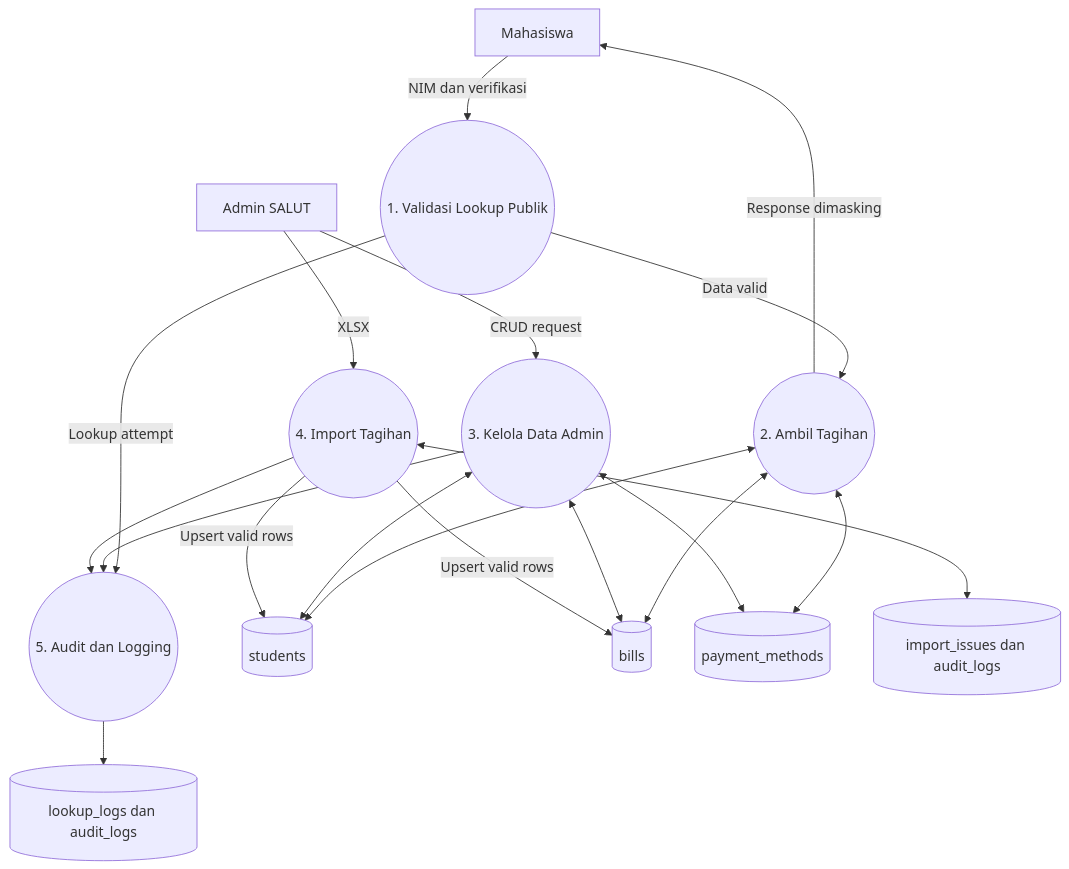
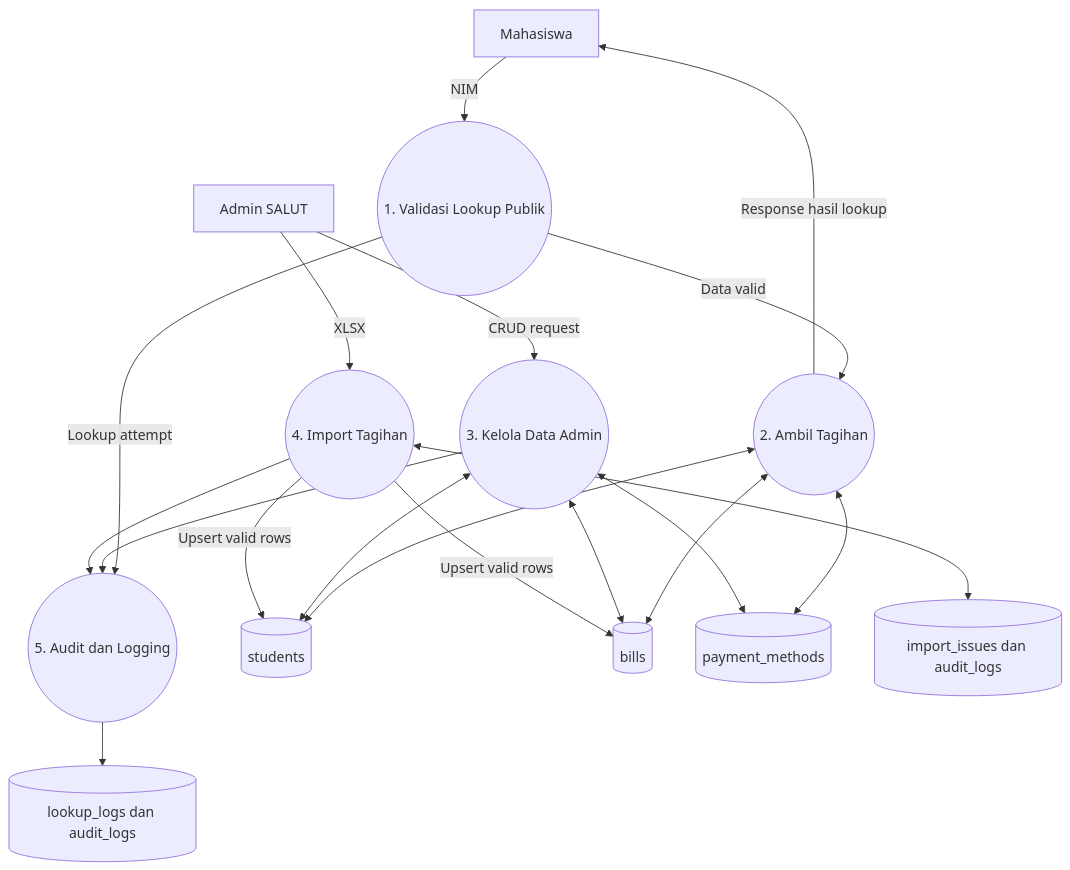
The third of 25 diagrams in docs/03-diagrams.md (mtijan/Salut-Cek-Pembayaran), drawn with Mermaid before and after one commit. The commit also changed other lines of this file and 16 other files, not shown here.

Commit message:
feat: establish core project architecture, backend services, documentation, and security baseline definitions

````diff
--- a/docs/03-diagrams.md
+++ b/docs/03-diagrams.md
@@ -83,36 +83,36 @@
 ```mermaid
 flowchart TD
     Student[Mahasiswa]
     Admin[Admin SALUT]
     P1((1. Validasi Lookup Publik))
     P2((2. Ambil Tagihan))
     P3((3. Kelola Data Admin))
     P4((4. Import Tagihan))
     P5((5. Audit dan Logging))
     D1[(students)]
     D2[(bills)]
     D3[(payment_methods)]
     D4[(import_issues dan audit_logs)]
     D5[(lookup_logs dan audit_logs)]
 
-    Student -->|NIM dan verifikasi| P1
+    Student -->|NIM| P1
     P1 -->|Data valid| P2
     P1 -->|Lookup attempt| P5
     P2 <--> D1
     P2 <--> D2
     P2 <--> D3
-    P2 -->|Response dimasking| Student
+    P2 -->|Response hasil lookup| Student
 
     Admin -->|CRUD request| P3
     P3 <--> D1
     P3 <--> D2
     P3 <--> D3
     P3 --> P5
 
     Admin -->|XLSX| P4
     P4 <--> D4
     P4 -->|Upsert valid rows| D1
     P4 -->|Upsert valid rows| D2
     P4 --> P5
     P5 --> D5
 ```
````
